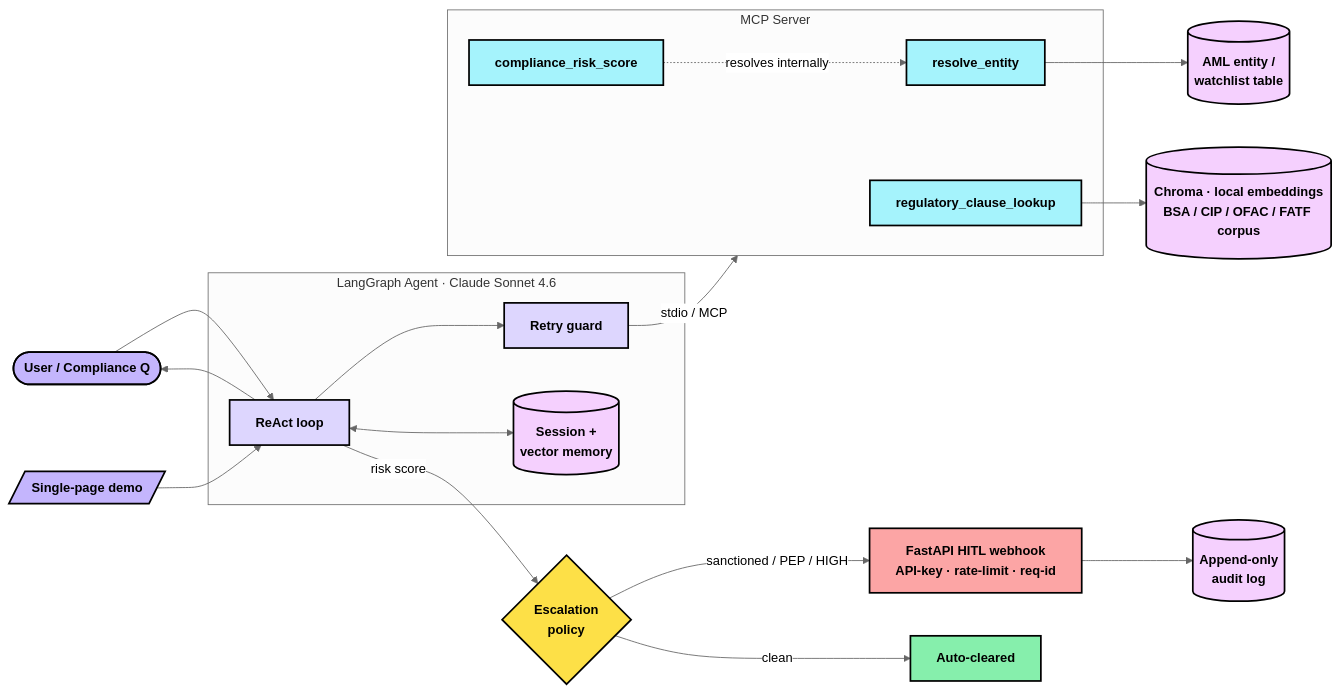
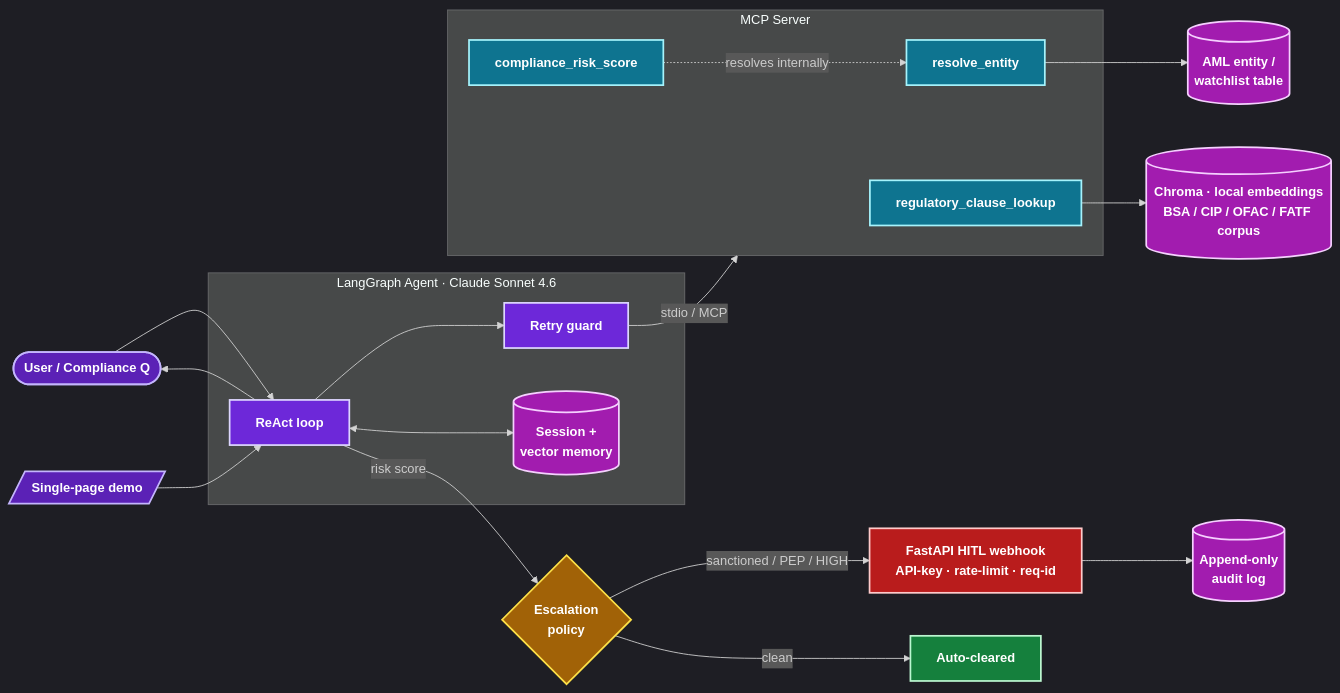
One commit to nehashirodkar/mcp-compliance-assistant changed the diagram in README.md. Above: the diagram before and after it, drawn with Mermaid.

Commit message:
docs: readable dark-fill diagram, personalized footer, demo port aligned to gif

````diff
--- a/README.md
+++ b/README.md
@@ -41,37 +41,37 @@
 ```mermaid
-%%{init: {'theme':'neutral','themeVariables':{'fontSize':'15px'}}}%%
+%%{init: {'theme':'dark','themeVariables':{'fontSize':'15px'}}}%%
 flowchart LR
     U([User / Compliance Q]):::io --> A
     DEMO[/Single-page demo/]:::io --> A
 
     subgraph AGENT["LangGraph Agent · Claude Sonnet 4.6"]
         A[ReAct loop]:::agent --> R[Retry guard]:::agent
         A <--> M[(Session +<br/>vector memory)]:::store
     end
 
     R -- stdio / MCP --> S
 
     subgraph S["MCP Server"]
         T1[regulatory_clause_lookup]:::tool
         T2[compliance_risk_score]:::tool
         T3[resolve_entity]:::tool
     end
 
     T1 --> C[(Chroma · local embeddings<br/>BSA / CIP / OFAC / FATF corpus)]:::store
     T3 --> E[(AML entity /<br/>watchlist table)]:::store
     T2 -. resolves internally .-> T3
 
     A -- risk score --> P{Escalation<br/>policy}:::policy
     P -- sanctioned / PEP / HIGH --> H[FastAPI HITL webhook<br/>API-key · rate-limit · req-id]:::hitl
     P -- clean --> CLR[Auto-cleared]:::ok
     H --> AUD[(Append-only<br/>audit log)]:::store
     A --> U
 
-    classDef io fill:#c4b5fd,stroke:#000000,stroke-width:2px,color:#000000,font-weight:bold;
-    classDef agent fill:#ddd6fe,stroke:#000000,stroke-width:2px,color:#000000,font-weight:bold;
-    classDef tool fill:#a5f3fc,stroke:#000000,stroke-width:2px,color:#000000,font-weight:bold;
-    classDef store fill:#f5d0fe,stroke:#000000,stroke-width:2px,color:#000000,font-weight:bold;
-    classDef policy fill:#fde047,stroke:#000000,stroke-width:2px,color:#000000,font-weight:bold;
-    classDef hitl fill:#fca5a5,stroke:#000000,stroke-width:2px,color:#000000,font-weight:bold;
-    classDef ok fill:#86efac,stroke:#000000,stroke-width:2px,color:#000000,font-weight:bold;
+    classDef io fill:#5b21b6,stroke:#c4b5fd,stroke-width:2px,color:#ffffff,font-weight:bold;
+    classDef agent fill:#6d28d9,stroke:#ddd6fe,stroke-width:2px,color:#ffffff,font-weight:bold;
+    classDef tool fill:#0e7490,stroke:#a5f3fc,stroke-width:2px,color:#ffffff,font-weight:bold;
+    classDef store fill:#a21caf,stroke:#f5d0fe,stroke-width:2px,color:#ffffff,font-weight:bold;
+    classDef policy fill:#a16207,stroke:#fde047,stroke-width:2px,color:#ffffff,font-weight:bold;
+    classDef hitl fill:#b91c1c,stroke:#fecaca,stroke-width:2px,color:#ffffff,font-weight:bold;
+    classDef ok fill:#15803d,stroke:#bbf7d0,stroke-width:2px,color:#ffffff,font-weight:bold;
 ```
````
